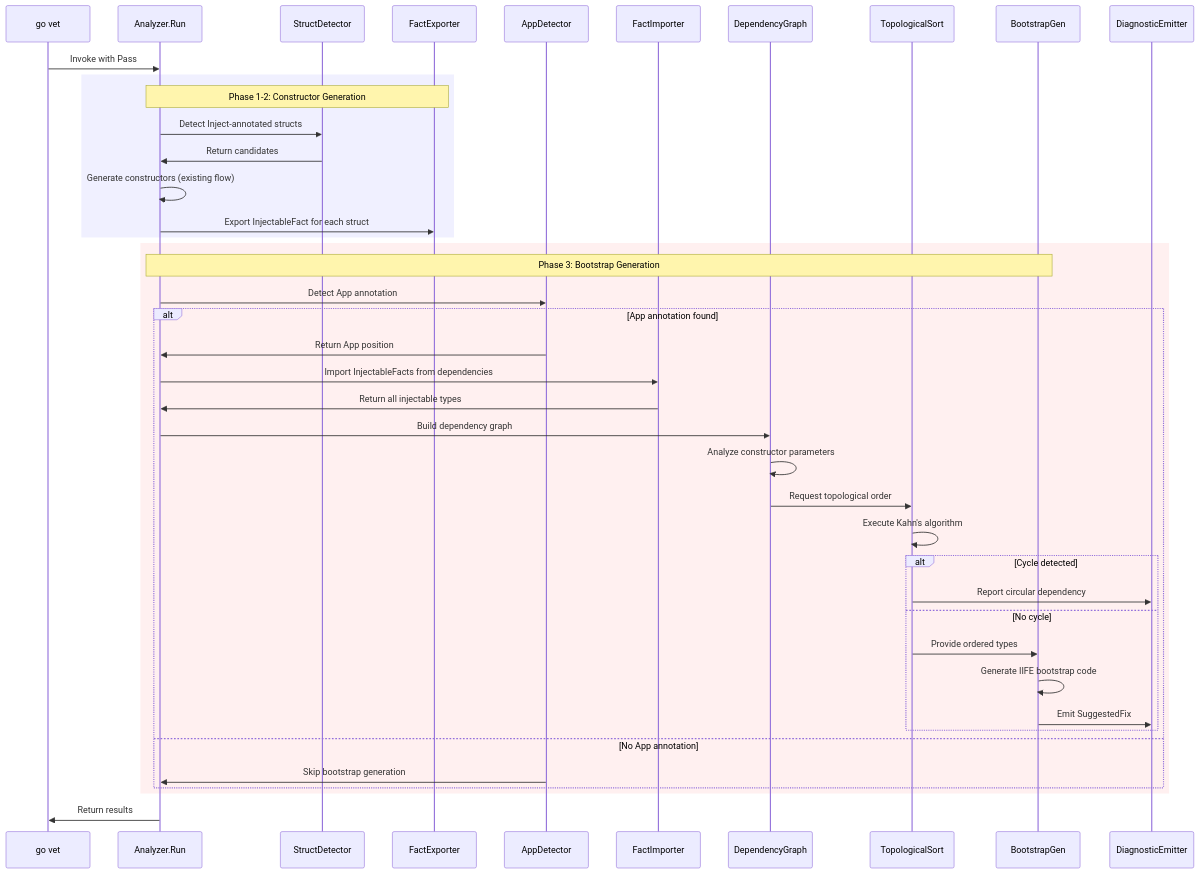
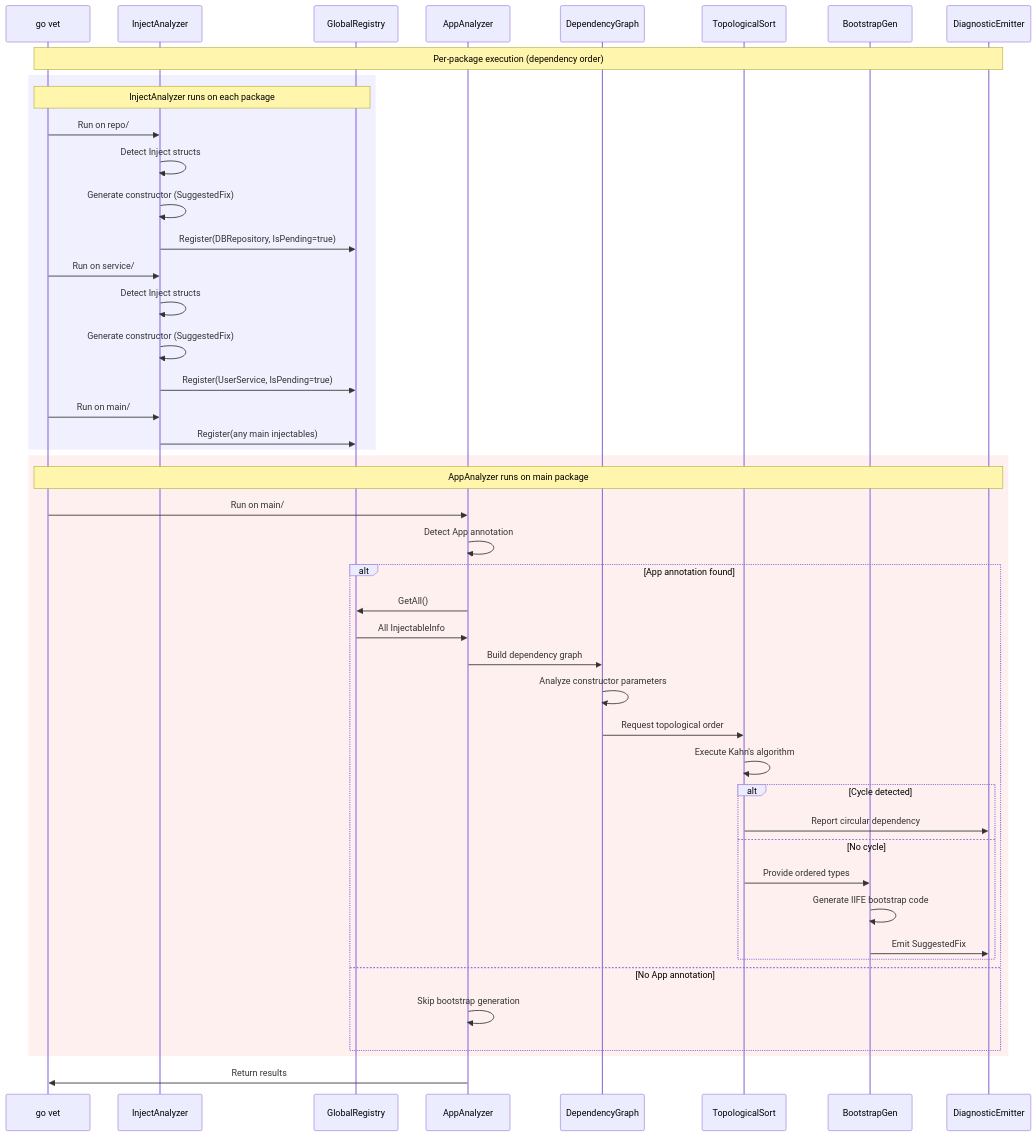
Before and after one commit to miyamo2/braider: the second of 4 diagrams in .kiro/specs/bootstrap-with-app-annotation/design.md, drawn with Mermaid. The commit also changed other lines of this file and 1 other file, not shown here.

First line of the commit message:
docs(spec): refine design for bootstrap-with-app-annotation feature

````diff
--- a/.kiro/specs/bootstrap-with-app-annotation/design.md
+++ b/.kiro/specs/bootstrap-with-app-annotation/design.md
@@ -150,48 +188,54 @@
 ```mermaid
 sequenceDiagram
     participant GV as go vet
-    participant AN as Analyzer.Run
-    participant SD as StructDetector
-    participant FE as FactExporter
-    participant AD as AppDetector
-    participant FI as FactImporter
+    participant IA as InjectAnalyzer
+    participant GR as GlobalRegistry
+    participant AA as AppAnalyzer
     participant DG as DependencyGraph
     participant TS as TopologicalSort
     participant BG as BootstrapGen
     participant DE as DiagnosticEmitter
 
-    GV->>AN: Invoke with Pass
+    Note over GV,DE: Per-package execution (dependency order)
 
     rect rgb(240, 240, 255)
-        Note over AN,FE: Phase 1-2: Constructor Generation
-        AN->>SD: Detect Inject-annotated structs
-        SD->>AN: Return candidates
-        AN->>AN: Generate constructors (existing flow)
-        AN->>FE: Export InjectableFact for each struct
+        Note over GV,GR: InjectAnalyzer runs on each package
+        GV->>IA: Run on repo/
+        IA->>IA: Detect Inject structs
+        IA->>IA: Generate constructor (SuggestedFix)
+        IA->>GR: Register(DBRepository, IsPending=true)
+
+        GV->>IA: Run on service/
+        IA->>IA: Detect Inject structs
+        IA->>IA: Generate constructor (SuggestedFix)
+        IA->>GR: Register(UserService, IsPending=true)
+
+        GV->>IA: Run on main/
+        IA->>GR: Register(any main injectables)
     end
 
     rect rgb(255, 240, 240)
-        Note over AN,BG: Phase 3: Bootstrap Generation
-        AN->>AD: Detect App annotation
+        Note over GV,DE: AppAnalyzer runs on main package
+        GV->>AA: Run on main/
+        AA->>AA: Detect App annotation
         alt App annotation found
-            AD->>AN: Return App position
-            AN->>FI: Import InjectableFacts from dependencies
-            FI->>AN: Return all injectable types
-            AN->>DG: Build dependency graph
+            AA->>GR: GetAll()
+            GR->>AA: All InjectableInfo
+            AA->>DG: Build dependency graph
             DG->>DG: Analyze constructor parameters
             DG->>TS: Request topological order
             TS->>TS: Execute Kahn's algorithm
             alt Cycle detected
                 TS->>DE: Report circular dependency
             else No cycle
                 TS->>BG: Provide ordered types
                 BG->>BG: Generate IIFE bootstrap code
                 BG->>DE: Emit SuggestedFix
             end
         else No App annotation
-            AD->>AN: Skip bootstrap generation
+            AA->>AA: Skip bootstrap generation
         end
     end
 
-    AN->>GV: Return results
+    AA->>GV: Return results
 ```
````
